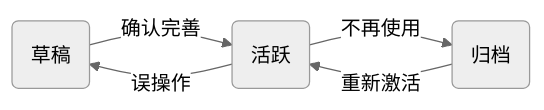
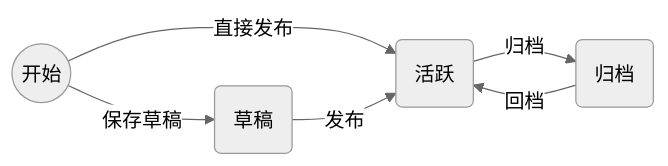
The diagram in doc/内容森林种子模块设计.md (Time-Machine-Lab/ContentForest), drawn with Mermaid (neutral theme) before and after one commit. The commit also changed other lines of this file and 25 other files, not shown here.

````diff
--- a/doc/内容森林种子模块设计.md
+++ b/doc/内容森林种子模块设计.md
@@ -33,7 +33,8 @@
 ```mermaid
 graph LR
-    Draft(草稿) -->|确认完善| Active(活跃)
-    Active -->|不再使用| Archived(归档)
-    Archived -->|重新激活| Active
-    Active -->|误操作| Draft
+    Start((开始)) -->|保存草稿| Draft(草稿)
+    Start -->|直接发布| Active(活跃)
+    Draft -->|发布| Active
+    Active -->|归档| Archived(归档)
+    Archived -->|回档| Active
 ```
````
